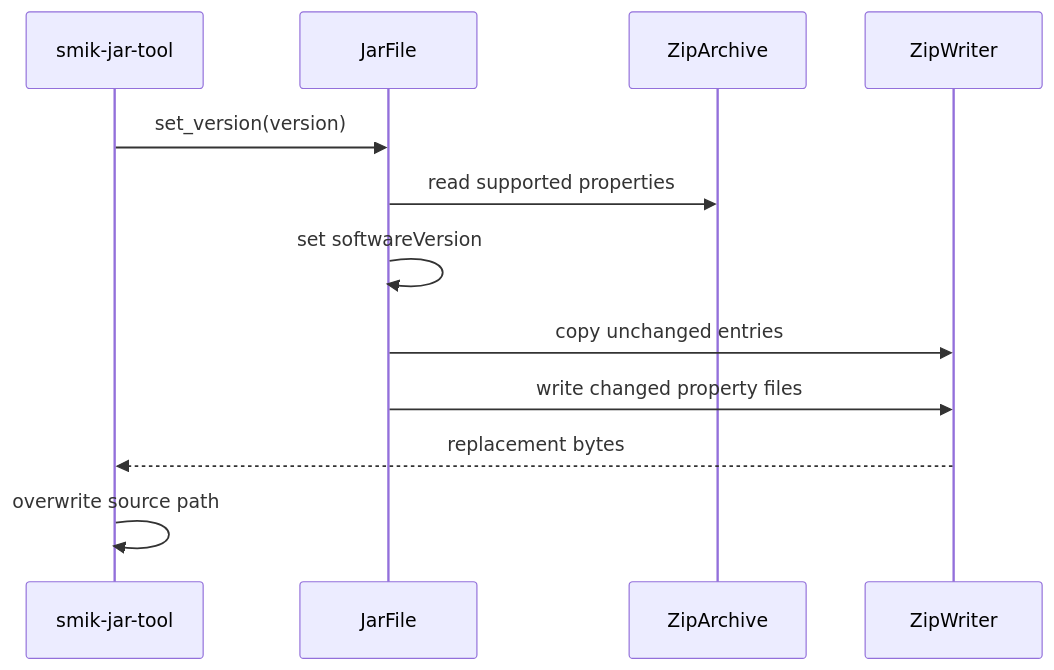
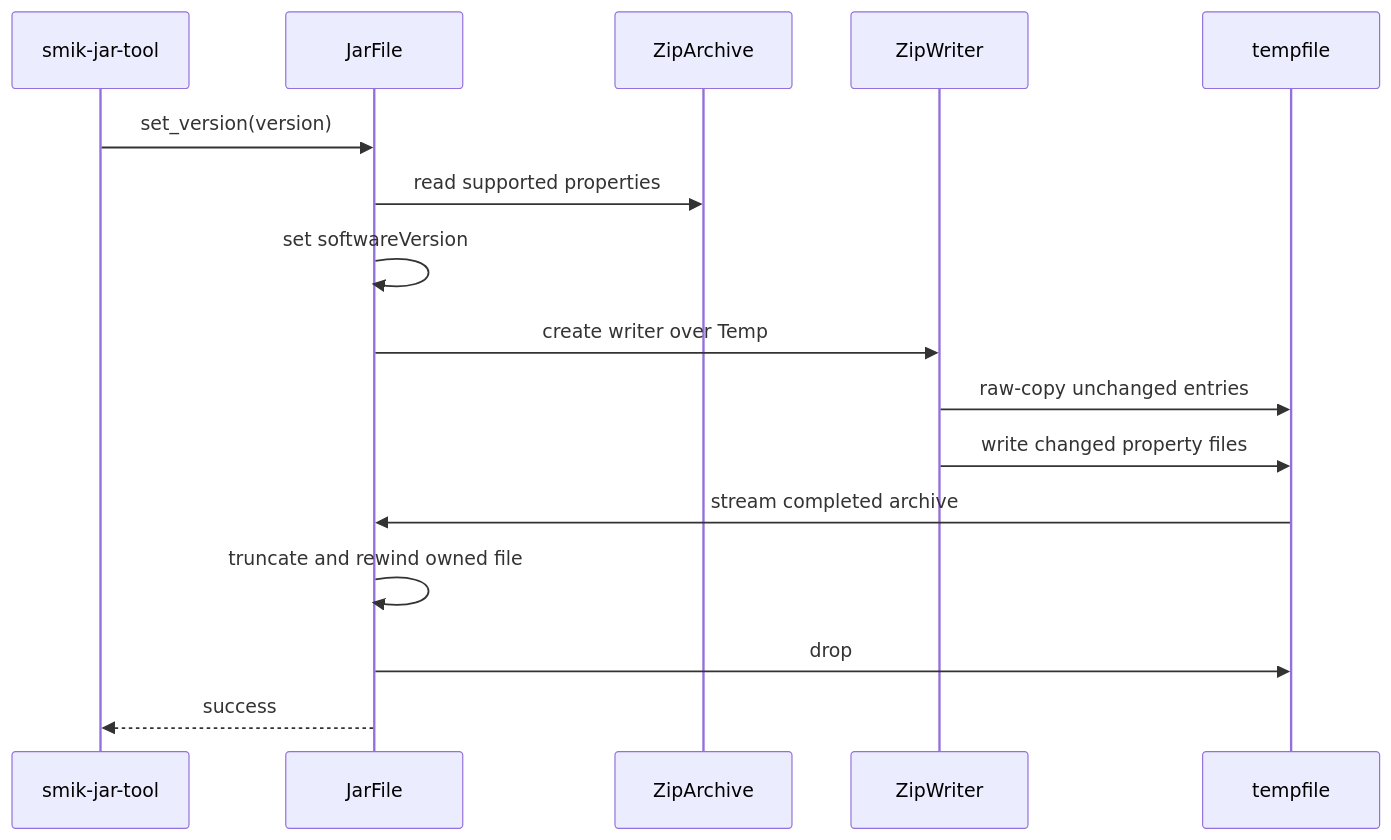
One commit to PaulmannLighting/smik-jar-tool changed the third of 3 diagrams in ARCHITECTURE.md. Above: the diagram before and after it, drawn with Mermaid. The commit also changed other lines of this file and 11 other files, not shown here.

Commit message:
Use tempfile to modify Jar file.

````diff
--- a/ARCHITECTURE.md
+++ b/ARCHITECTURE.md
@@ -69,15 +70,19 @@
 ```mermaid
 sequenceDiagram
     participant CLI as smik-jar-tool
     participant JAR as JarFile
     participant Reader as ZipArchive
     participant Writer as ZipWriter
+    participant Temp as tempfile
 
     CLI->>JAR: set_version(version)
     JAR->>Reader: read supported properties
     JAR->>JAR: set softwareVersion
-    JAR->>Writer: copy unchanged entries
-    JAR->>Writer: write changed property files
-    Writer-->>CLI: replacement bytes
-    CLI->>CLI: overwrite source path
+    JAR->>Writer: create writer over Temp
+    Writer->>Temp: raw-copy unchanged entries
+    Writer->>Temp: write changed property files
+    Temp->>JAR: stream completed archive
+    JAR->>JAR: truncate and rewind owned file
+    JAR->>Temp: drop
+    JAR-->>CLI: success
 ```
````
